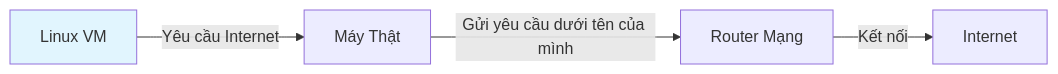
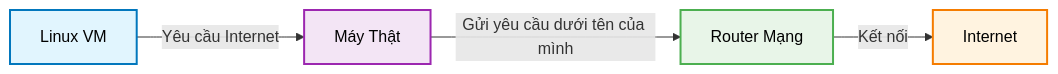
One commit to ngockhanhvd2812/DBA changed the second of 7 diagrams in Network/ssh-from-host-to-vm.md. Above: the diagram before and after it, drawn with Mermaid. The commit also changed other lines of this file, not shown here.

````diff
--- a/Network/ssh-from-host-to-vm.md
+++ b/Network/ssh-from-host-to-vm.md
@@ -40,7 +51,12 @@
-    ```mermaid
-    graph LR
-        VM[Linux VM] -- "Yêu cầu Internet" --> Host[Máy Thật]
-        Host -- "Gửi yêu cầu dưới tên của mình" --> Router[Router Mạng]
-        Router -- "Kết nối" --> Internet
-        style VM fill:#e1f5fe
-    ```
+```mermaid
+graph LR
+    VM["Linux VM"] -->|"Yêu cầu Internet"| Host["Máy Thật"]
+    Host -->|"Gửi yêu cầu dưới tên của mình"| Router["Router Mạng"]
+    Router -->|"Kết nối"| Internet["Internet"]
+    
+    %% Styling cho các thành phần
+    style VM fill:#e1f5fe,stroke:#0277bd,stroke-width:2px,color:#000
+    style Host fill:#f3e5f5,stroke:#9c27b0,stroke-width:2px,color:#000
+    style Router fill:#e8f5e8,stroke:#4caf50,stroke-width:2px,color:#000
+    style Internet fill:#fff3e0,stroke:#f57c00,stroke-width:2px,color:#000
+```
````
